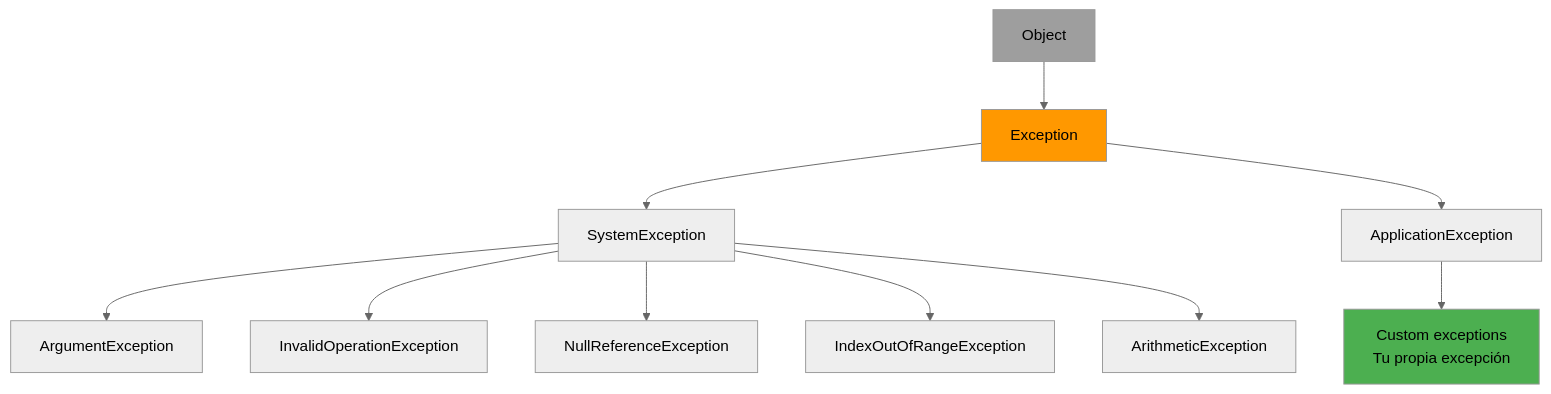
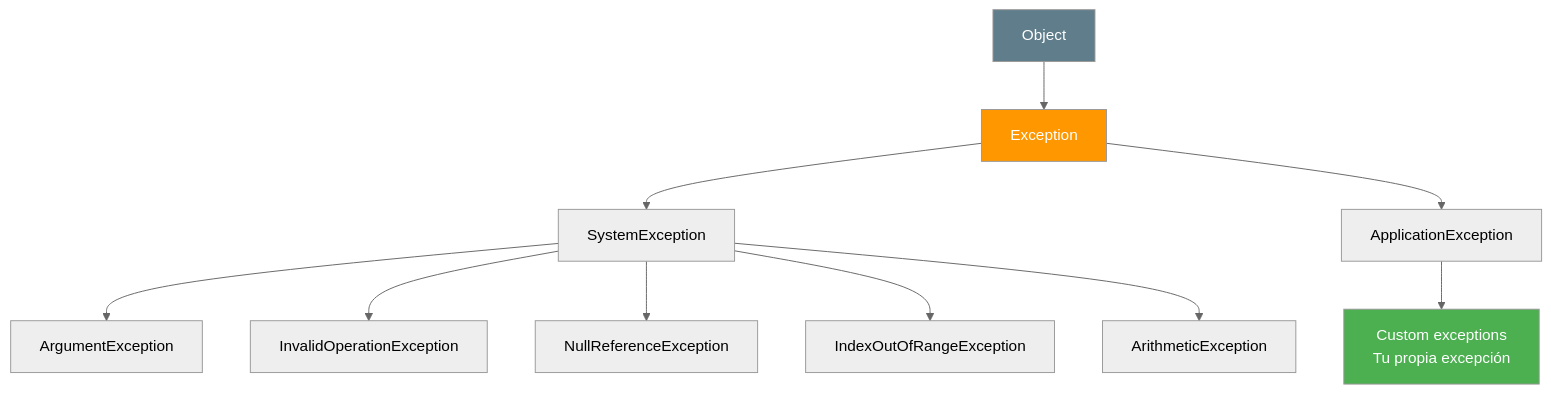
One commit to joseluisgs/DesarrolloWebEntornosServidor-01-2026-2027 changed the sixth of 7 diagrams in csharp_inicial/04-Fundamentoscsharp.md. Above: the diagram before and after it, drawn with Mermaid (neutral theme). The commit also changed other lines of this file and 77 other files, not shown here.

````diff
--- a/csharp_inicial/04-Fundamentoscsharp.md
+++ b/csharp_inicial/04-Fundamentoscsharp.md
@@ -514,18 +528,18 @@
 ```mermaid
 flowchart TD
     A[Object] --> B[Exception]
     B --> C[SystemException]
     B --> D[ApplicationException]
     
     C --> E[ArgumentException]
     C --> F[InvalidOperationException]
     C --> G[NullReferenceException]
     C --> H[IndexOutOfRangeException]
     C --> I[ArithmeticException]
     
     D --> J[Custom exceptions<br/>Tu propia excepción]
     
-    style A fill:#9E9E9E
-    style B fill:#FF9800
-    style J fill:#4CAF50
+    style A fill:#607D8B,color:#fff
+    style B fill:#FF9800,color:#fff
+    style J fill:#4CAF50,color:#fff
 ```
````
